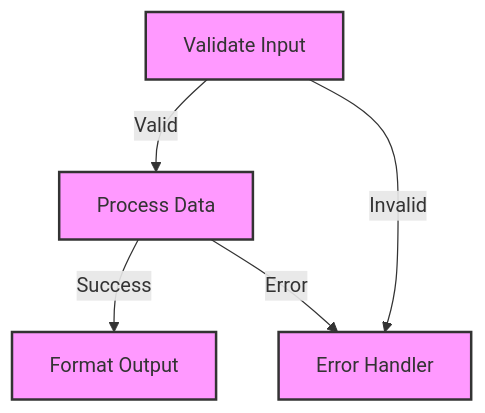
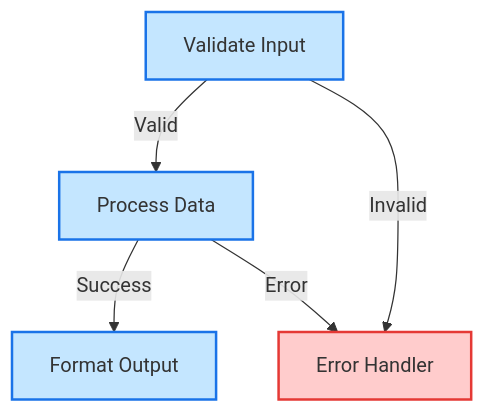
One commit to aitoroses/floxide changed the second of 9 diagrams in README.md. Above: the diagram before and after it, drawn with Mermaid. The commit also changed other lines of this file, not shown here.

````diff
--- a/README.md
+++ b/README.md
@@ -106,11 +113,11 @@
 ```mermaid
 graph TD
     A["Validate Input"] -->|Valid| B["Process Data"]
     A -->|Invalid| C["Error Handler"]
     B -->|Success| D["Format Output"]
     B -->|Error| C
-    style A fill:#f9f,stroke:#333,stroke-width:2px
-    style B fill:#f9f,stroke:#333,stroke-width:2px
-    style C fill:#f9f,stroke:#333,stroke-width:2px
-    style D fill:#f9f,stroke:#333,stroke-width:2px
+    style A fill:#c4e6ff,stroke:#1a73e8,stroke-width:2px
+    style B fill:#c4e6ff,stroke:#1a73e8,stroke-width:2px
+    style C fill:#ffcccc,stroke:#e53935,stroke-width:2px
+    style D fill:#c4e6ff,stroke:#1a73e8,stroke-width:2px
 ```
````
